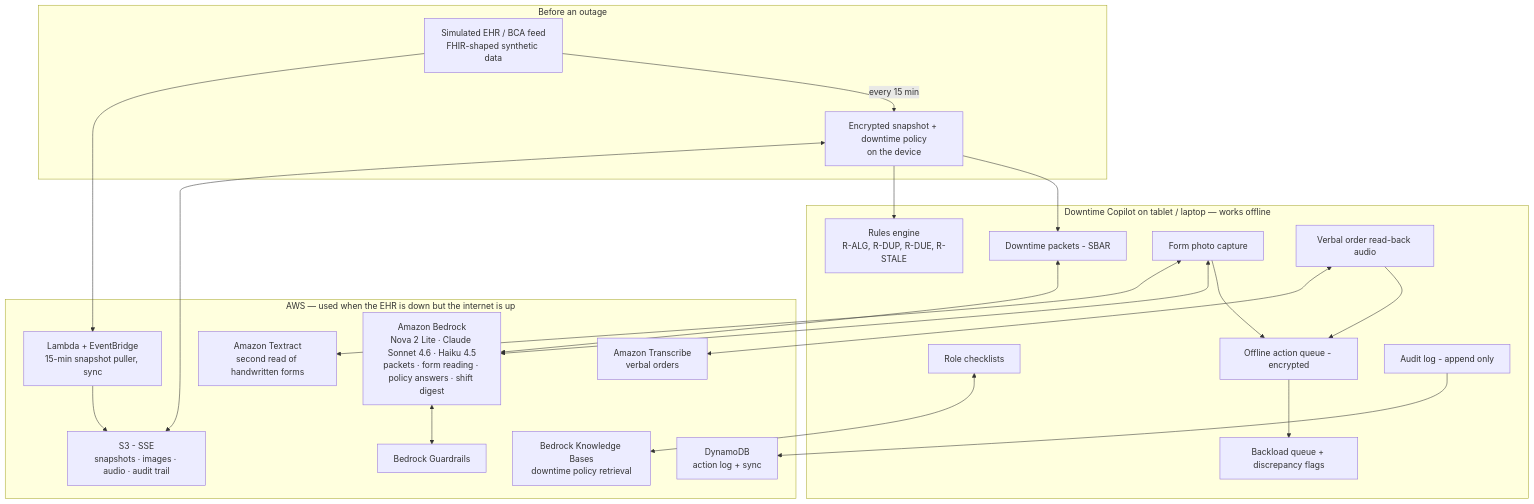
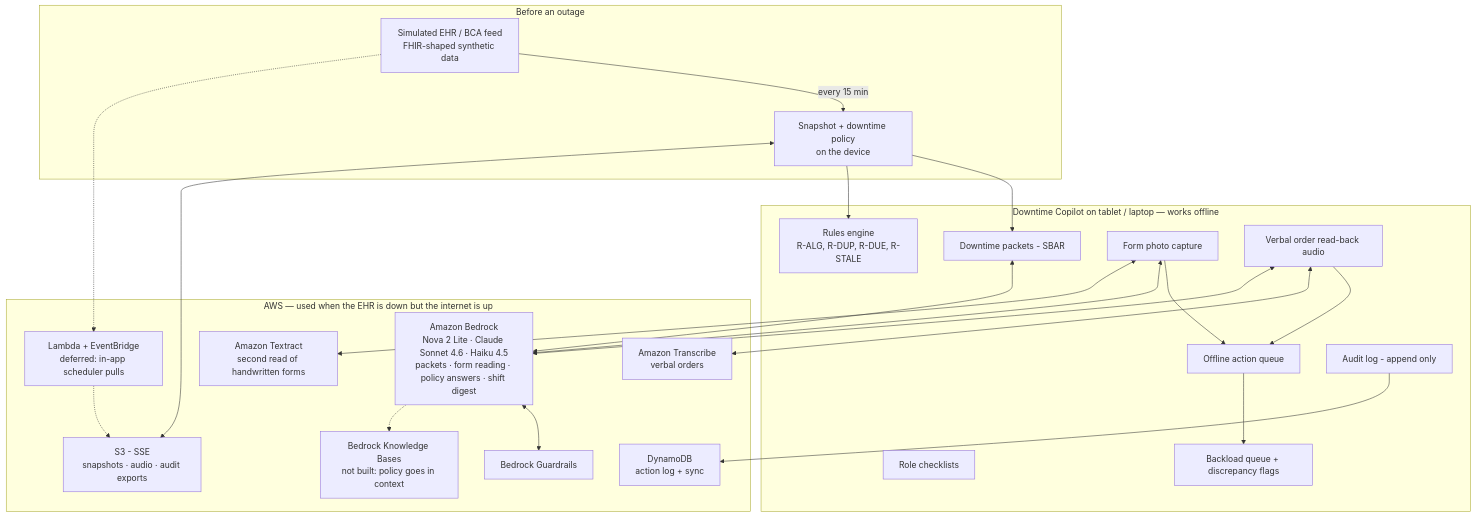
The diagram in README.md (MuratAlkan06/DowntimeCopilot), drawn with Mermaid before and after one commit. The commit also changed other lines of this file and 28 other files, not shown here.

````diff
--- a/README.md
+++ b/README.md
@@ -43,37 +49,38 @@
 ```mermaid
 flowchart TB
   subgraph BEFORE[Before an outage]
-    EHR[Simulated EHR / BCA feed<br/>FHIR-shaped synthetic data] -->|every 15 min| SNAP[Encrypted snapshot + downtime policy<br/>on the device]
+    EHR[Simulated EHR / BCA feed<br/>FHIR-shaped synthetic data] -->|every 15 min| SNAP[Snapshot + downtime policy<br/>on the device]
   end
 
   subgraph DEVICE[Downtime Copilot on tablet / laptop — works offline]
     SNAP --> PKT[Downtime packets - SBAR]
     SNAP --> RULES[Rules engine<br/>R-ALG, R-DUP, R-DUE, R-STALE]
     CHK[Role checklists] 
-    CAP[Form photo capture] --> Q[Offline action queue - encrypted]
+    CAP[Form photo capture] --> Q[Offline action queue]
     VO[Verbal order read-back audio] --> Q
     Q --> BL[Backload queue + discrepancy flags]
     AUD[Audit log - append only]
   end
 
   subgraph AWS[AWS — used when the EHR is down but the internet is up]
     BR[Amazon Bedrock<br/>Nova 2 Lite · Claude Sonnet 4.6 · Haiku 4.5<br/>packets · form reading · policy answers · shift digest]
     GR[Bedrock Guardrails]
-    KB[Bedrock Knowledge Bases<br/>downtime policy retrieval]
+    KB[Bedrock Knowledge Bases<br/>not built: policy goes in context]
     TX[Amazon Textract<br/>second read of handwritten forms]
     TR[Amazon Transcribe<br/>verbal orders]
     DDB[DynamoDB<br/>action log + sync]
-    LAM[Lambda + EventBridge<br/>15-min snapshot puller, sync]
-    S3[S3 - SSE<br/>snapshots · images · audio · audit trail]
+    LAM[Lambda + EventBridge<br/>deferred: in-app scheduler pulls]
+    S3[S3 - SSE<br/>snapshots · audio · audit exports]
   end
 
   PKT <--> BR
   CAP <--> BR
   CAP <--> TX
   VO <--> TR
-  CHK <--> KB
+  VO <--> BR
   BR <--> GR
+  BR -.-> KB
   AUD --> DDB
   SNAP <--> S3
-  EHR --> LAM --> S3
+  EHR -.-> LAM -.-> S3
 ```
````
